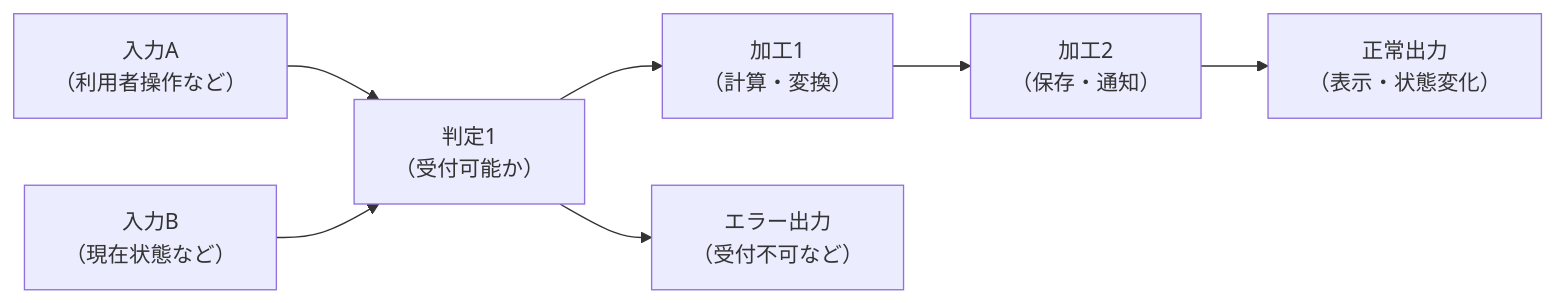
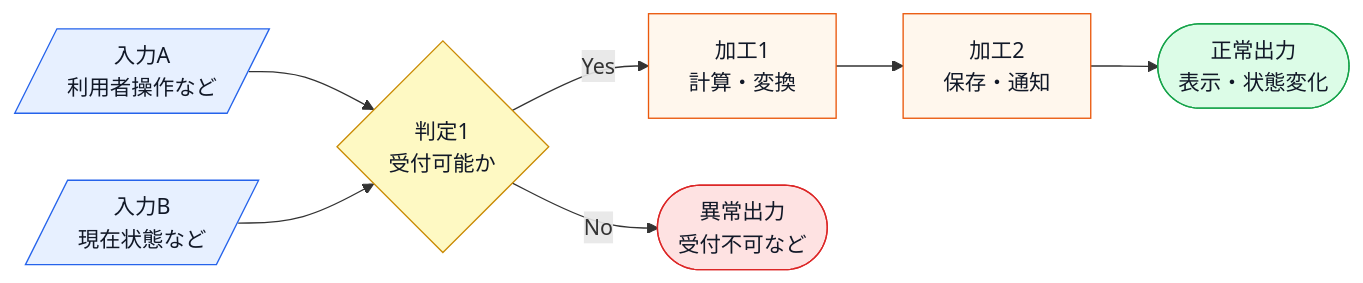
Before and after one commit to kumachan1101-pixel/DesignPattern: the diagram in kindle/design-patterns/templates/chapter-template.md, drawn with Mermaid. The commit also changed other lines of this file and 15 other files, not shown here.

Commit message:
fix: 仕様図の入出力と分岐を明確化

````diff
--- a/kindle/design-patterns/templates/chapter-template.md
+++ b/kindle/design-patterns/templates/chapter-template.md
@@ -164,9 +165,15 @@
 ```mermaid
 flowchart LR
-    A["入力A<br>（利用者操作など）"] --> B["判定1<br>（受付可能か）"]
-    C["入力B<br>（現在状態など）"] --> B
-    B --> D["加工1<br>（計算・変換）"]
-    D --> E["加工2<br>（保存・通知）"]
-    E --> F["正常出力<br>（表示・状態変化）"]
-    B --> G["エラー出力<br>（受付不可など）"]
+    A[/入力A<br>利用者操作など/]:::input --> B{判定1<br>受付可能か}:::decision
+    C[/入力B<br>現在状態など/]:::input --> B
+    B -->|Yes| D[加工1<br>計算・変換]:::process
+    D --> E[加工2<br>保存・通知]:::process
+    E --> F([正常出力<br>表示・状態変化]):::normal
+    B -->|No| G([異常出力<br>受付不可など]):::error
+
+    classDef input fill:#e7f0ff,stroke:#2563eb,color:#111827;
+    classDef process fill:#fff7ed,stroke:#ea580c,color:#111827;
+    classDef decision fill:#fef9c3,stroke:#ca8a04,color:#111827;
+    classDef normal fill:#dcfce7,stroke:#16a34a,color:#111827;
+    classDef error fill:#fee2e2,stroke:#dc2626,color:#111827;
 ```
````
